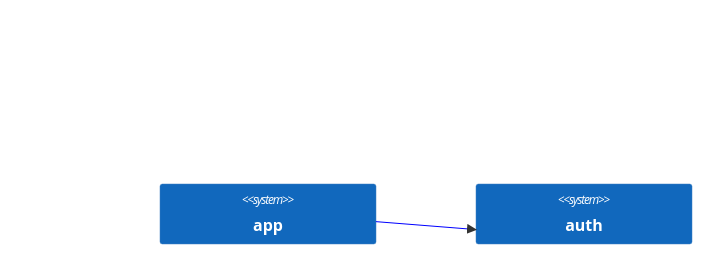
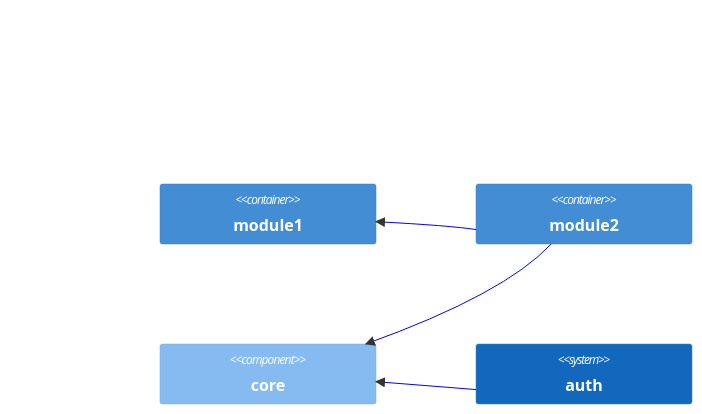
Before and after one commit to albertlatacz/shift-left-kotlin: the diagram in README.md, drawn with Mermaid. The commit also changed 5 other files, not shown here.

Commit message:
updated dependency diagram

````diff
--- a/README.md
+++ b/README.md
@@ -13,8 +13,14 @@
 ```mermaid
 C4Context        
-   UpdateLayoutConfig($c4ShapeInRow="3")           
-   System(app, "app")
-   System(auth, "auth")        
-   Rel(app, auth, " ")
-   UpdateRelStyle(app, auth, $lineColor="blue")        
+   UpdateLayoutConfig($c4ShapeInRow="3")                           
+   Container(module1, "module1")
+   Container(module2, "module2")
+   Component(core, "core")
+   System(auth, "auth")
+   Rel(auth, core, " ") 
+   UpdateRelStyle(auth, core, $lineColor="blue")
+   Rel(module2, core, " ") 
+   UpdateRelStyle(module2, core, $lineColor="blue")
+   Rel(module2, module1, " ") 
+   UpdateRelStyle(module2, module1, $lineColor="blue")                
 ```
````
